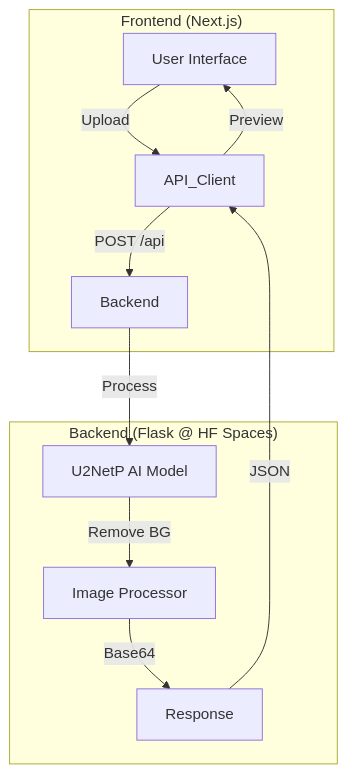
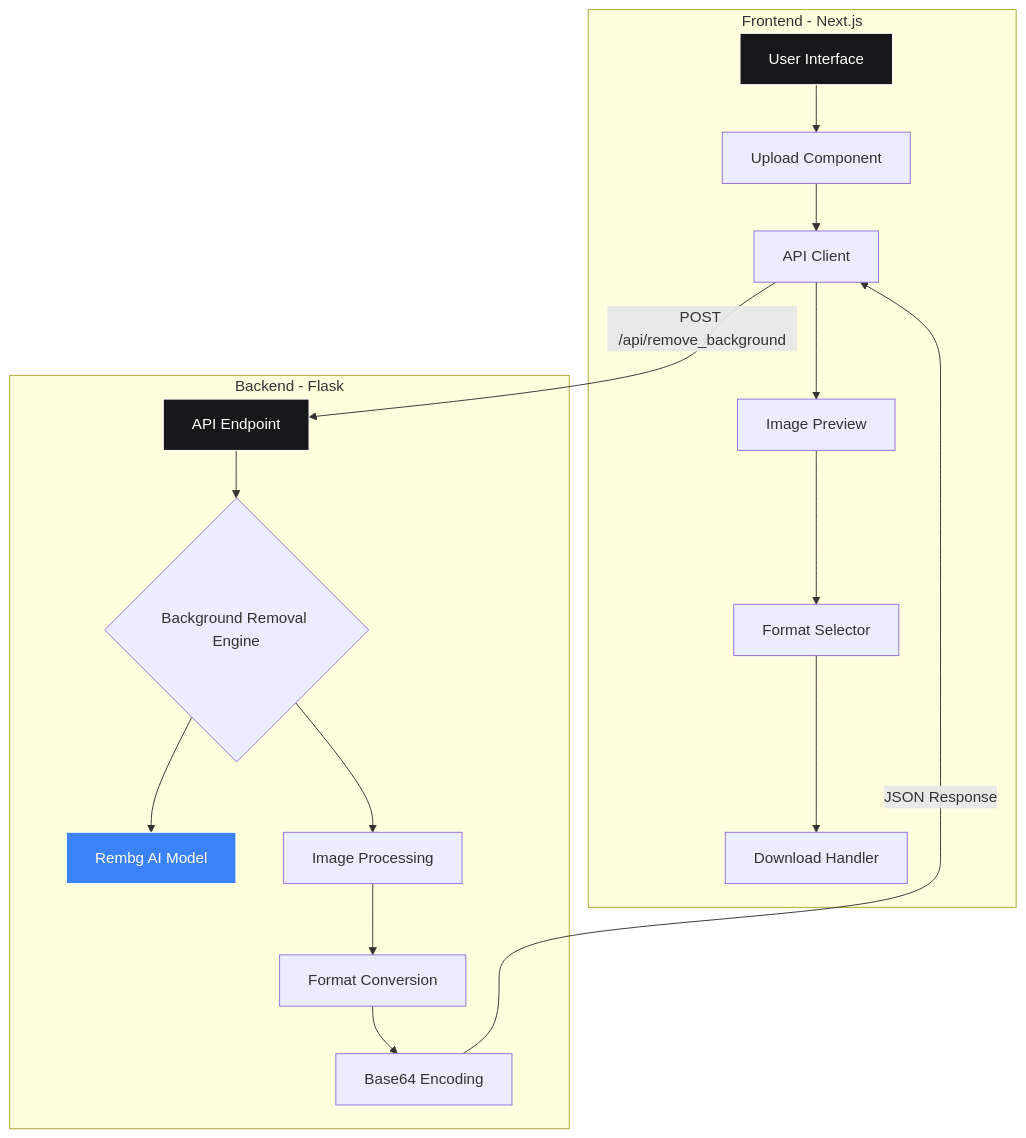
The diagram in README.md (yashnaiduu/Novalens), drawn with Mermaid before and after one commit. The commit also changed other lines of this file, not shown here.

````diff
--- a/README.md
+++ b/README.md
@@ -75,16 +32,25 @@
 ```mermaid
 graph TB
-    subgraph "Frontend (Next.js)"
-        UI[User Interface] -->|Upload| API_Client
-        API_Client -->|POST /api| Backend
+    subgraph "Frontend - Next.js"
+        A[User Interface] --> B[Upload Component]
+        B --> C[API Client]
+        C --> D[Image Preview]
+        D --> E[Format Selector]
+        E --> F[Download Handler]
     end
     
-    subgraph "Backend (Flask @ HF Spaces)"
-        Backend -->|Process| Model[U2NetP AI Model]
-        Model -->|Remove BG| Processor[Image Processor]
-        Processor -->|Base64| Response
+    subgraph "Backend - Flask"
+        G[API Endpoint] --> H{Background Removal Engine}
+        H --> I[Rembg AI Model]
+        H --> J[Image Processing]
+        J --> K[Format Conversion]
+        K --> L[Base64 Encoding]
     end
     
-    Response -->|JSON| API_Client
-    API_Client -->|Preview| UI
+    C -->|POST /api/remove_background| G
+    L -->|JSON Response| C
+    
+    style A fill:#18181b,stroke:#fff,color:#fff
+    style G fill:#18181b,stroke:#fff,color:#fff
+    style I fill:#3b82f6,stroke:#fff,color:#fff
 ```
````
